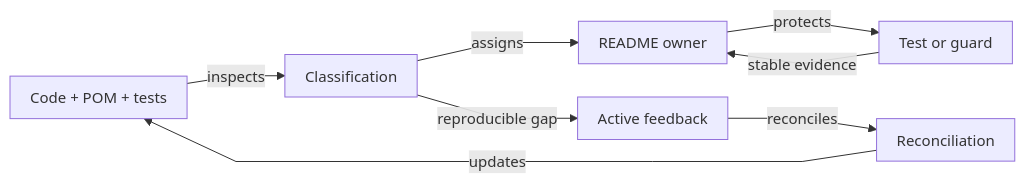
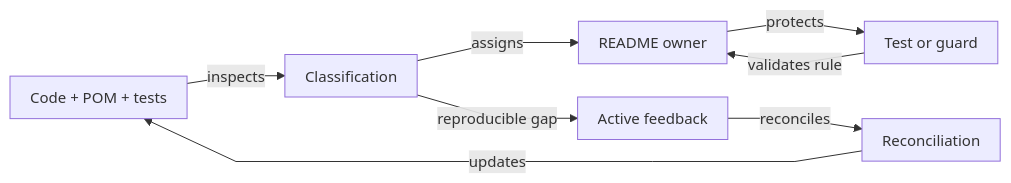
One commit to crististefanita/atf_j0 changed the diagram in docs/README_Atf_DocumentationBestPractices.md. Above: the diagram before and after it, drawn with Mermaid. The commit also changed other lines of this file and 13 other files, not shown here.

````diff
--- a/docs/README_Atf_DocumentationBestPractices.md
+++ b/docs/README_Atf_DocumentationBestPractices.md
@@ -72,17 +72,17 @@
 ```mermaid
 %%{init: {"themeVariables":{"fontSize":"15px"},"themeCSS":".nodeLabel, .nodeLabel p { font-size: 15px !important; line-height: 1.35 !important; } .edgeLabel, .edgeLabel p { font-size: 12px !important; font-weight: 400 !important; line-height: 1.2 !important; } .edgeLabel .labelBkg, .edgeLabel p { background: transparent !important; } .edgeLabel foreignObject { transform: translateY(-28px); overflow: visible; } .node rect { rx: 6px; ry: 6px; } .edgeLabel [data-id=\"L_Gate_Owner_0\"] foreignObject { transform: translate(0px, -18px); }","flowchart":{"curve":"linear","nodeSpacing":24,"rankSpacing":40,"padding":10,"diagramPadding":24}}}%%
 flowchart LR
     Live[Code + POM + tests]
     Classify[Classification]
     Owner[README owner]
     Gate[Test or guard]
     Feedback[Active feedback]
     Reconcile[Reconciliation]
     Live -->|inspects| Classify
     Classify -->|assigns| Owner
     Owner -->|protects| Gate
-    Gate -->|stable evidence| Owner
+    Gate -->|validates rule| Owner
     Classify -->|reproducible gap| Feedback
     Feedback -->|reconciles| Reconcile
     Reconcile -->|updates| Live
 ```
````
